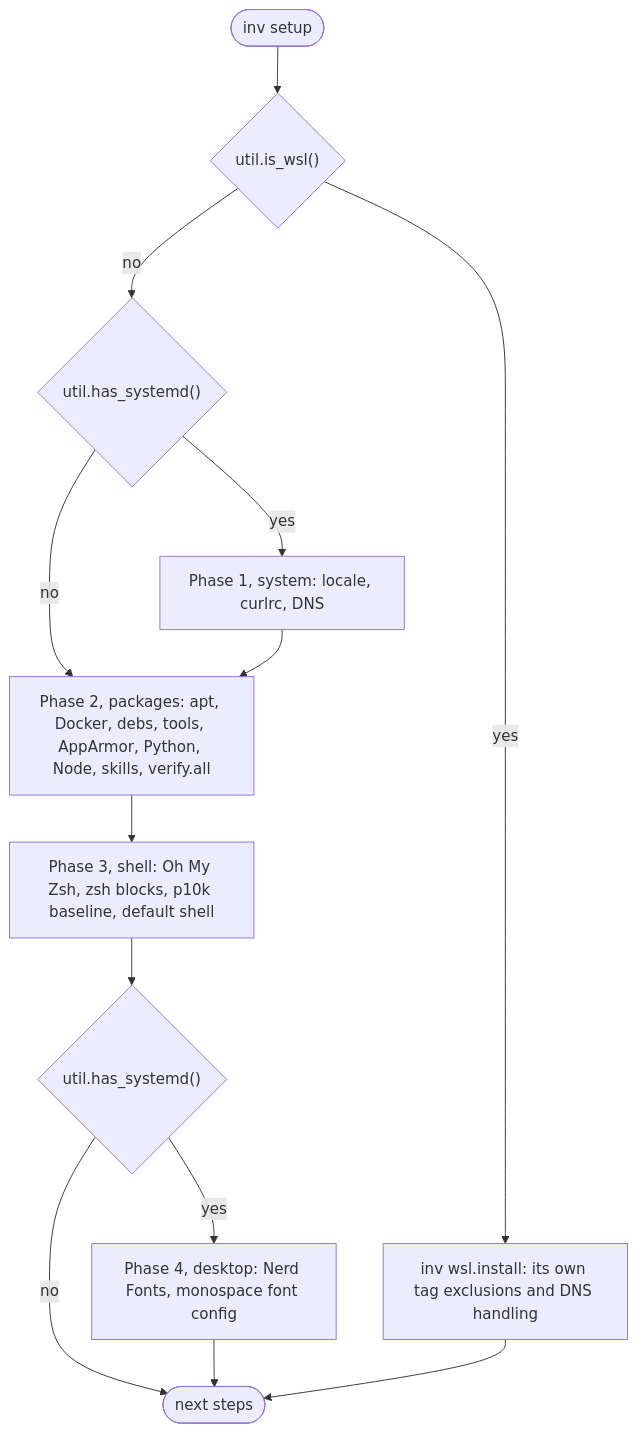
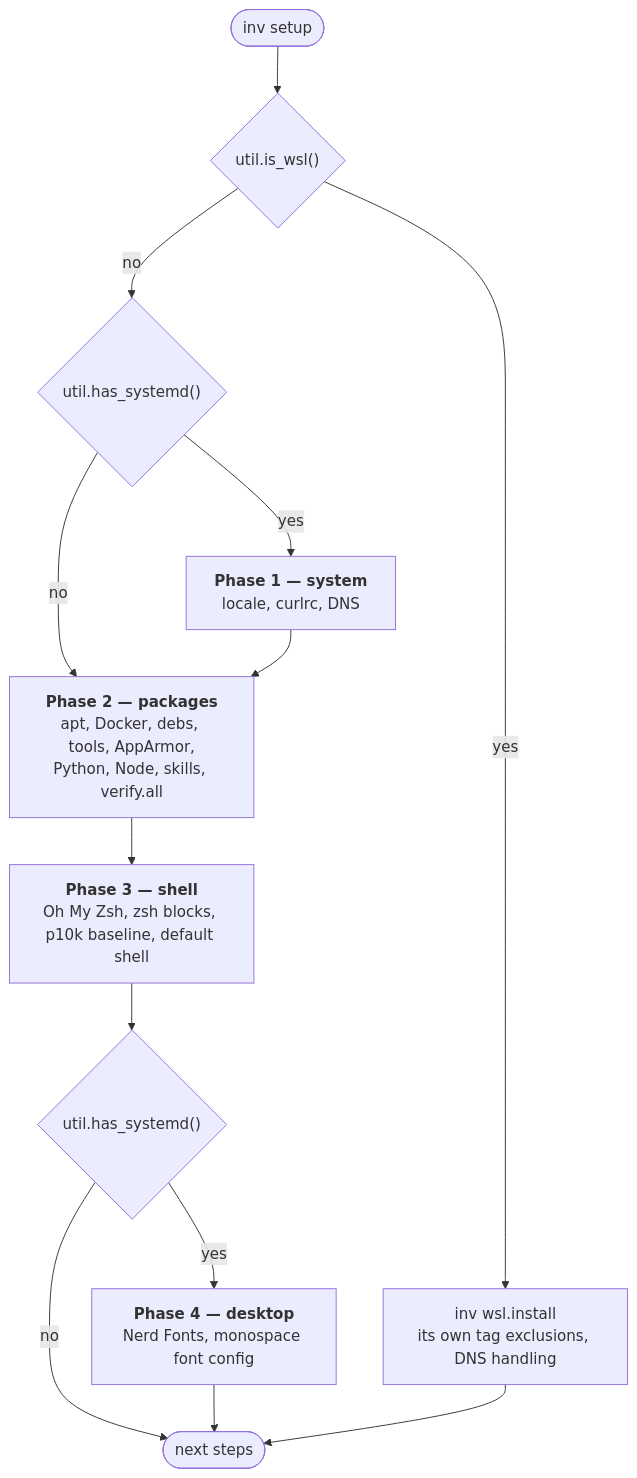
The third of 3 diagrams in docs/configuration.md (TheodoreAD/power-user-linux-setup), drawn with Mermaid before and after one commit. The commit also changed other lines of this file and 1 other file, not shown here.

First line of the commit message:
docs: put the line breaks back in the diagram labels

````diff
--- a/docs/configuration.md
+++ b/docs/configuration.md
@@ -346,15 +346,15 @@
 ```mermaid
 flowchart TD
     start(["inv setup"]) --> wsl{"util.is_wsl()"}
-    wsl -- yes --> delegate["inv wsl.install: its own tag exclusions and DNS handling"]
+    wsl -- yes --> delegate["inv wsl.install<br/>its own tag exclusions, DNS handling"]
     wsl -- no --> systemd{"util.has_systemd()"}
-    systemd -- yes --> p1["Phase 1, system: locale, curlrc, DNS"]
+    systemd -- yes --> p1["<b>Phase 1 — system</b><br/>locale, curlrc, DNS"]
     systemd -- no --> p2
-    p1 --> p2["Phase 2, packages: apt, Docker, debs, tools, AppArmor, Python, Node, skills, verify.all"]
-    p2 --> p3["Phase 3, shell: Oh My Zsh, zsh blocks, p10k baseline, default shell"]
+    p1 --> p2["<b>Phase 2 — packages</b><br/>apt, Docker, debs, tools, AppArmor,<br/>Python, Node, skills, verify.all"]
+    p2 --> p3["<b>Phase 3 — shell</b><br/>Oh My Zsh, zsh blocks, p10k baseline, default shell"]
     p3 --> desktop{"util.has_systemd()"}
-    desktop -- yes --> p4["Phase 4, desktop: Nerd Fonts, monospace font config"]
+    desktop -- yes --> p4["<b>Phase 4 — desktop</b><br/>Nerd Fonts, monospace font config"]
     desktop -- no --> done
     p4 --> done(["next steps"])
     delegate --> done
 ```
````
